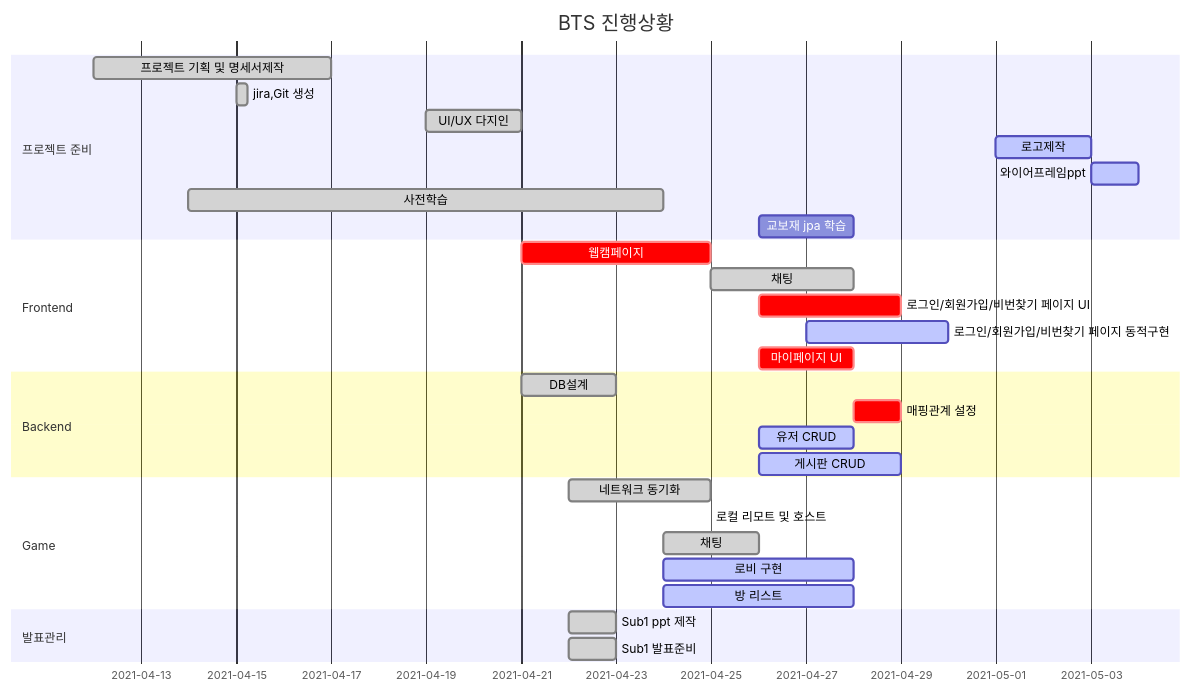
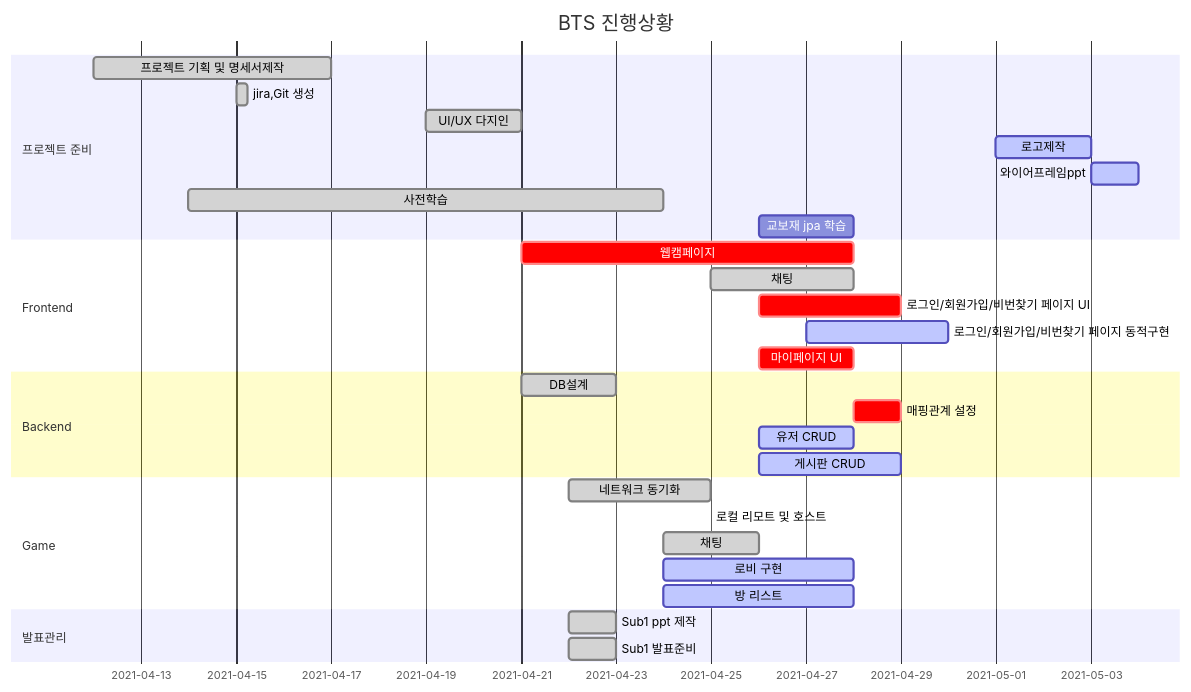
Before and after one commit to Luminousjiny/PJT_BTS: the diagram in README.md, drawn with Mermaid.

Commit message:
리드미 수정

````diff
--- a/README.md
+++ b/README.md
@@ -50,37 +50,37 @@
 ```mermaid
 gantt
     title BTS 진행상황
     dateFormat  YYYY-MM-DD
     section 프로젝트 준비
     프로젝트 기획 및 명세서제작 : done, 2021-04-12, 5d
     jira,Git 생성  :done, 2021-04-15, 6h
     UI/UX 다지인  : done,   2021-04-19, 2d
     로고제작 : active, 2021-05-01, 2d
     와이어프레임ppt : active, 2021-05-03, 1d
     사전학습  : done, 2021-04-14, 10d
     교보재 jpa 학습 : 2021-04-26, 2d
 
     section Frontend
-    웹캠페이지 : crit, 2021-04-21, 4d
+    웹캠페이지 : crit, 2021-04-21, 7d
     채팅 : done, 2021-04-25, 3d
     로그인/회원가입/비번찾기 페이지 UI : crit, 2021-04-26, 3d
     로그인/회원가입/비번찾기 페이지 동적구현 : active, 2021-04-27, 3d
     마이페이지 UI : crit, 2021-04-26, 2d
     
     section Backend
     DB설계 : done, 2021-04-21, 2d
     매핑관계 설정 : crit, 2021-04-28, 1d
     유저 CRUD : active, 2021-04-26, 2d
     게시판 CRUD : active, 2021-04-26, 3d
     
     section Game
 	네트워크 동기화 : done, 2021-04-22, 3d
 	로컬 리모트 및 호스트 : done, 2021-04-23 1d
 	채팅 : done, 2021-04-24, 2d
 	로비 구현 : active, 2021-04-24, 4d
     방 리스트 : active, 2021-04-24, 4d
     
     section 발표관리
     Sub1 ppt 제작 : done, 2021-04-22, 1d
     Sub1 발표준비 : done, 2021-04-22, 1d
 ```
````
